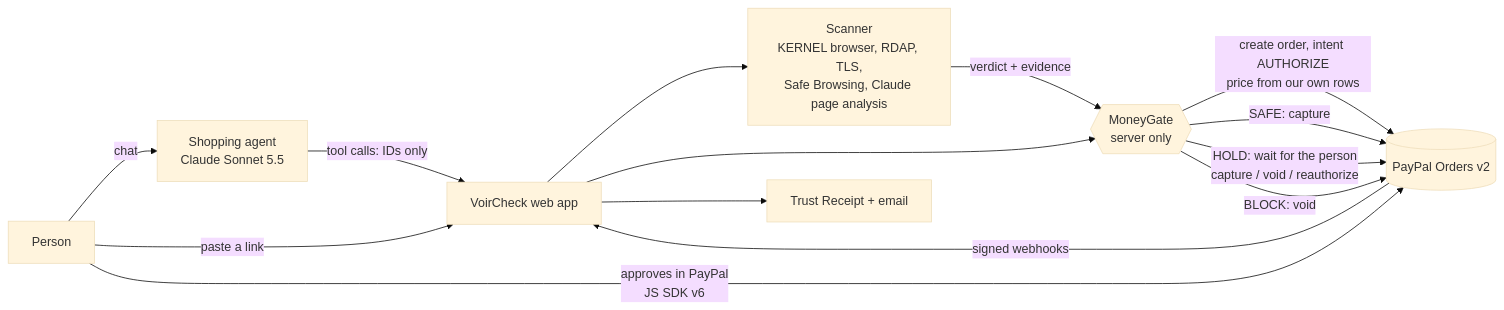
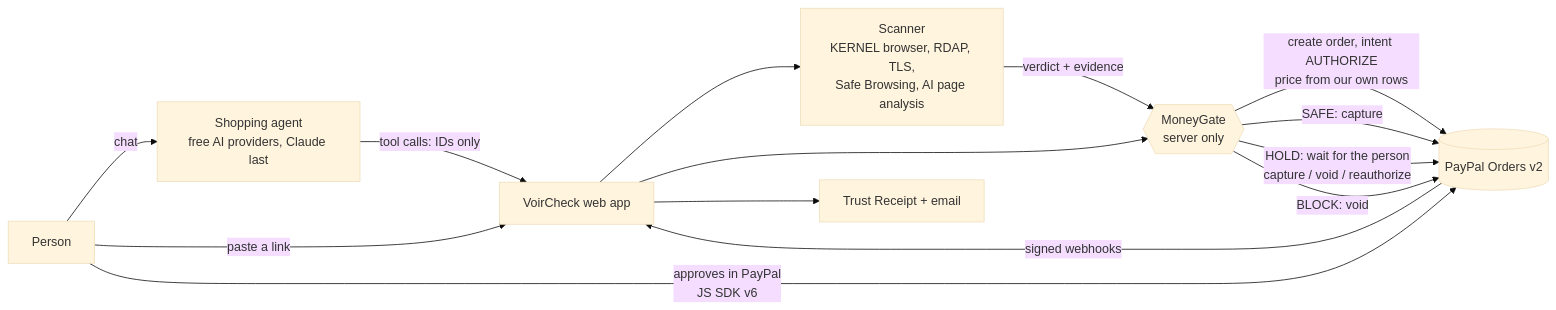
One commit to JoJoshJo/voircheck changed the diagram in README.md. Above: the diagram before and after it, drawn with Mermaid (base theme). The commit also changed other lines of this file and 2 other files, not shown here.

````diff
--- a/README.md
+++ b/README.md
@@ -82,16 +89,16 @@
 ```mermaid
 flowchart LR
-  P[Person] -->|chat| A[Shopping agent<br/>Claude Sonnet 5.5]
+  P[Person] -->|chat| A[Shopping agent<br/>free AI providers, Claude last]
   P -->|paste a link| W[VoirCheck web app]
   A -->|tool calls: IDs only| W
-  W --> S[Scanner<br/>KERNEL browser, RDAP, TLS,<br/>Safe Browsing, Claude page analysis]
+  W --> S[Scanner<br/>KERNEL browser, RDAP, TLS,<br/>Safe Browsing, AI page analysis]
   S -->|verdict + evidence| G
   W --> G{{MoneyGate<br/>server only}}
   G -->|create order, intent AUTHORIZE<br/>price from our own rows| PP[(PayPal Orders v2)]
   P -->|approves in PayPal<br/>JS SDK v6| PP
   G -->|SAFE: capture| PP
   G -->|HOLD: wait for the person<br/>capture / void / reauthorize| PP
   G -->|BLOCK: void| PP
   PP -->|signed webhooks| W
   W --> R[Trust Receipt + email]
 ```
````
